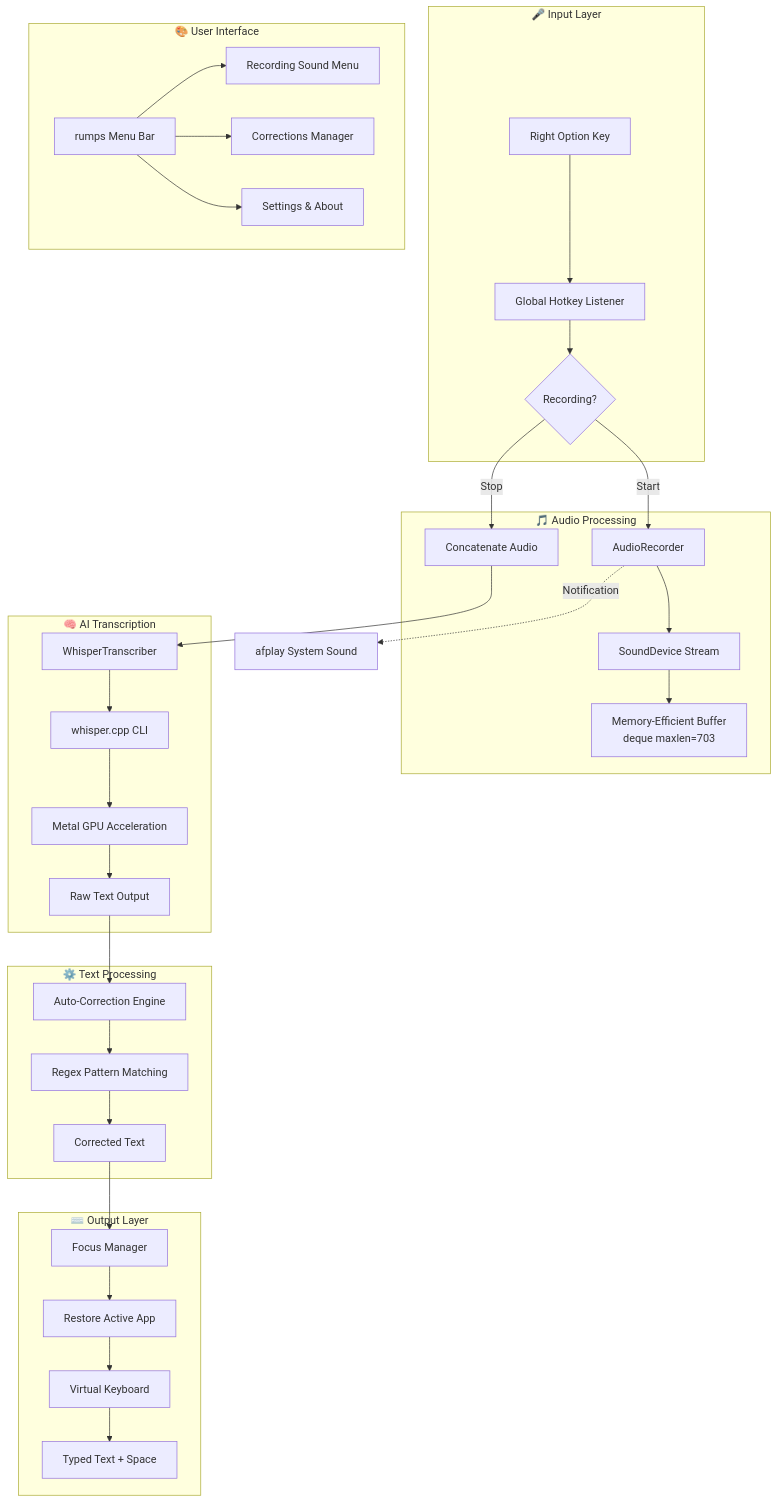
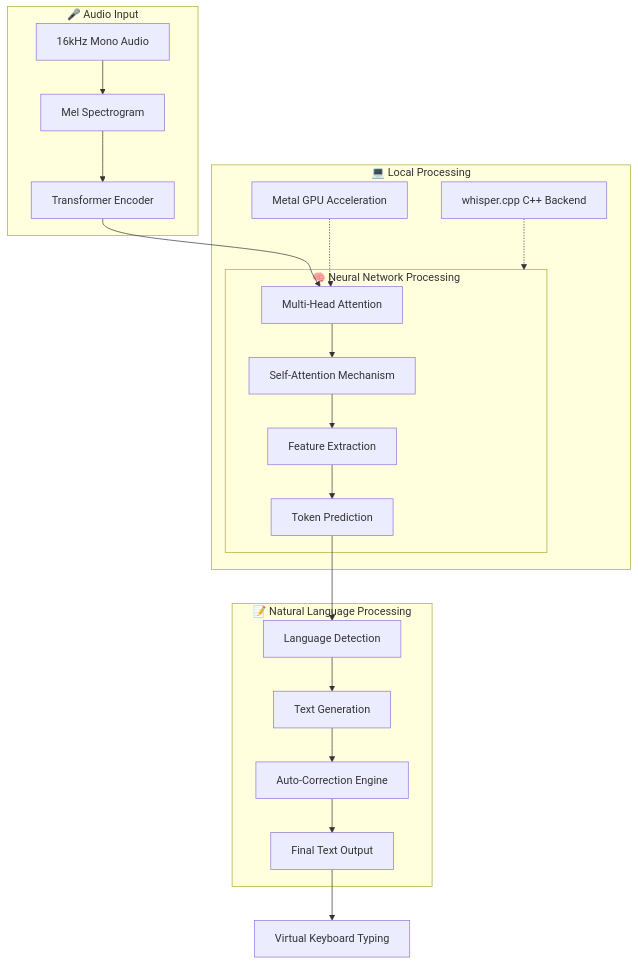
Before and after one commit to roshrv27/Jarvis-Transcribe: the diagram in README.md, drawn with Mermaid. The commit also changed other lines of this file, not shown here.

First line of the commit message:
Update README: Concise AI/NLP focused documentation

````diff
--- a/README.md
+++ b/README.md
@@ -19,42 +20,28 @@
 ```mermaid
 flowchart TB
-    subgraph Input["🎤 Input Layer"]
-        A[Right Option Key] --> B[Global Hotkey Listener]
-        B --> C{Recording?}
+    subgraph Input["🎤 Audio Input"]
+        A[16kHz Mono Audio] --> B[Mel Spectrogram]
+        B --> C[Transformer Encoder]
     end
 
-    subgraph Audio["🎵 Audio Processing"]
-        C -->|Start| D[AudioRecorder]
-        D --> E[SoundDevice Stream]
-        E --> F[Memory-Efficient Buffer<br/>deque maxlen=703]
-        C -->|Stop| G[Concatenate Audio]
+    subgraph AI["🧠 Neural Network Processing"]
+        C --> D[Multi-Head Attention]
+        D --> E[Self-Attention Mechanism]
+        E --> F[Feature Extraction]
+        F --> G[Token Prediction]
     end
 
-    subgraph Transcription["🧠 AI Transcription"]
-        G --> H[WhisperTranscriber]
-        H --> I[whisper.cpp CLI]
-        I --> J[Metal GPU Acceleration]
-        J --> K[Raw Text Output]
+    subgraph NLP["📝 Natural Language Processing"]
+        G --> H[Language Detection]
+        H --> I[Text Generation]
+        I --> J[Auto-Correction Engine]
+        J --> K[Final Text Output]
     end
 
-    subgraph Processing["⚙️ Text Processing"]
-        K --> L[Auto-Correction Engine]
-        L --> M[Regex Pattern Matching]
-        M --> N[Corrected Text]
+    subgraph Local["💻 Local Processing"]
+        L[Metal GPU Acceleration] -.-> D
+        M[whisper.cpp C++ Backend] -.-> AI
     end
 
-    subgraph Output["⌨️ Output Layer"]
-        N --> O[Focus Manager]
-        O --> P[Restore Active App]
-        P --> Q[Virtual Keyboard]
-        Q --> R[Typed Text + Space]
-    end
-
-    subgraph UI["🎨 User Interface"]
-        S[rumps Menu Bar] --> T[Recording Sound Menu]
-        S --> U[Corrections Manager]
-        S --> V[Settings & About]
-    end
-
-    D -.->|Notification| W[afplay System Sound]
+    K --> N[Virtual Keyboard Typing]
 ```
````
